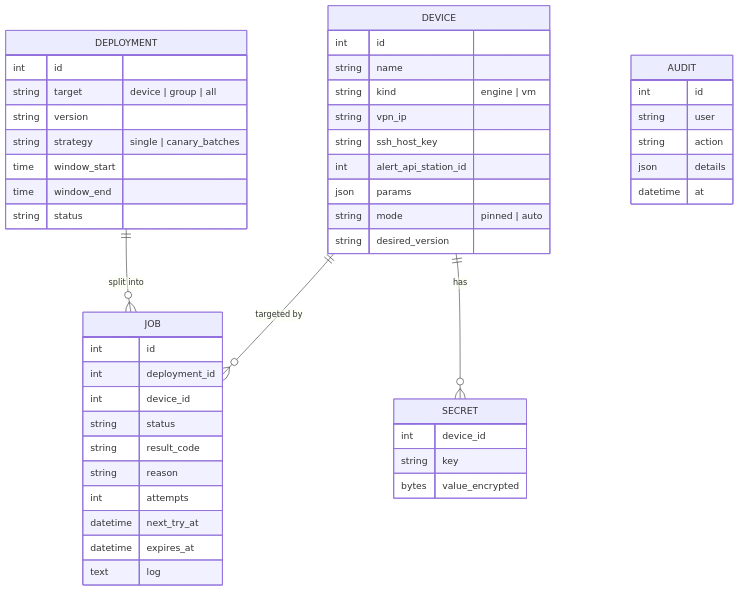
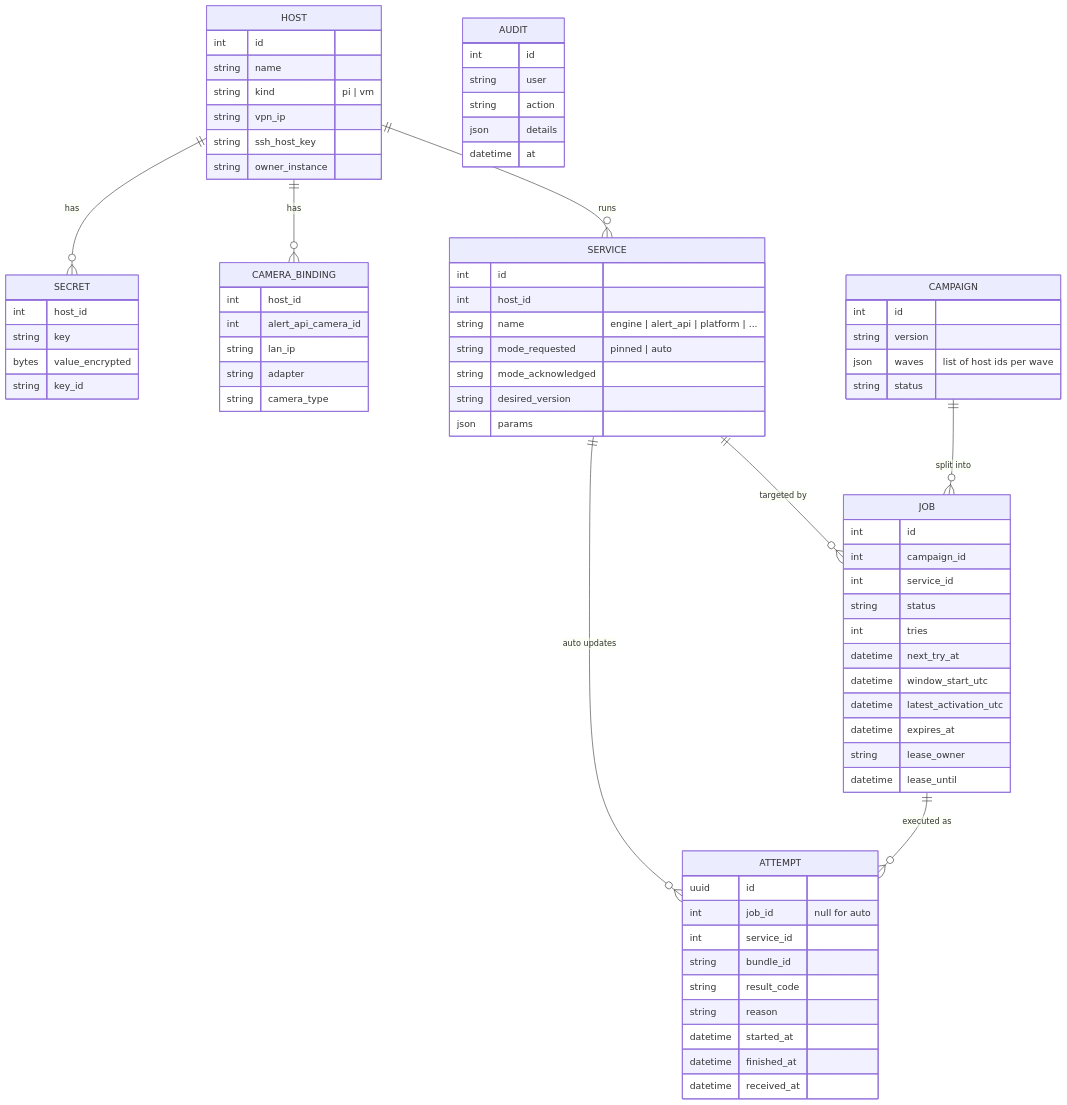
The fourth of 13 diagrams in docs/ADR/fleet-api.md (pyronear/pi-manager-template), drawn with Mermaid before and after one commit. The commit also changed other lines of this file, not shown here.

````diff
--- a/docs/ADR/fleet-api.md
+++ b/docs/ADR/fleet-api.md
@@ -122,50 +157,77 @@
 ```mermaid
 erDiagram
-    DEVICE ||--o{ JOB : "targeted by"
-    DEVICE ||--o{ SECRET : has
-    DEPLOYMENT ||--o{ JOB : "split into"
-    DEVICE {
+    HOST ||--o{ SERVICE : runs
+    HOST ||--o{ CAMERA_BINDING : has
+    HOST ||--o{ SECRET : has
+    SERVICE ||--o{ JOB : "targeted by"
+    CAMPAIGN ||--o{ JOB : "split into"
+    JOB ||--o{ ATTEMPT : "executed as"
+    SERVICE ||--o{ ATTEMPT : "auto updates"
+    HOST {
         int id
         string name
-        string kind "engine | vm"
+        string kind "pi | vm"
         string vpn_ip
         string ssh_host_key
-        int alert_api_station_id
+        string owner_instance
+    }
+    SERVICE {
+        int id
+        int host_id
+        string name "engine | alert_api | platform | ..."
+        string mode_requested "pinned | auto"
+        string mode_acknowledged
+        string desired_version
         json params
-        string mode "pinned | auto"
-        string desired_version
+    }
+    CAMERA_BINDING {
+        int host_id
+        int alert_api_camera_id
+        string lan_ip
+        string adapter
+        string camera_type
     }
     SECRET {
-        int device_id
+        int host_id
         string key
         bytes value_encrypted
+        string key_id
     }
-    DEPLOYMENT {
+    CAMPAIGN {
         int id
-        string target "device | group | all"
         string version
-        string strategy "single | canary_batches"
-        time window_start
-        time window_end
+        json waves "list of host ids per wave"
         string status
     }
     JOB {
         int id
-        int deployment_id
-        int device_id
+        int campaign_id
+        int service_id
         string status
+        int tries
+        datetime next_try_at
+        datetime window_start_utc
+        datetime latest_activation_utc
+        datetime expires_at
+        string lease_owner
+        datetime lease_until
+    }
+    ATTEMPT {
+        uuid id
+        int job_id "null for auto"
+        int service_id
+        string bundle_id
         string result_code
         string reason
-        int attempts
-        datetime next_try_at
-        datetime expires_at
-        text log
+        datetime started_at
+        datetime finished_at
+        datetime received_at
     }
     AUDIT {
         int id
         string user
         string action
         json details
         datetime at
     }
 ```
````
